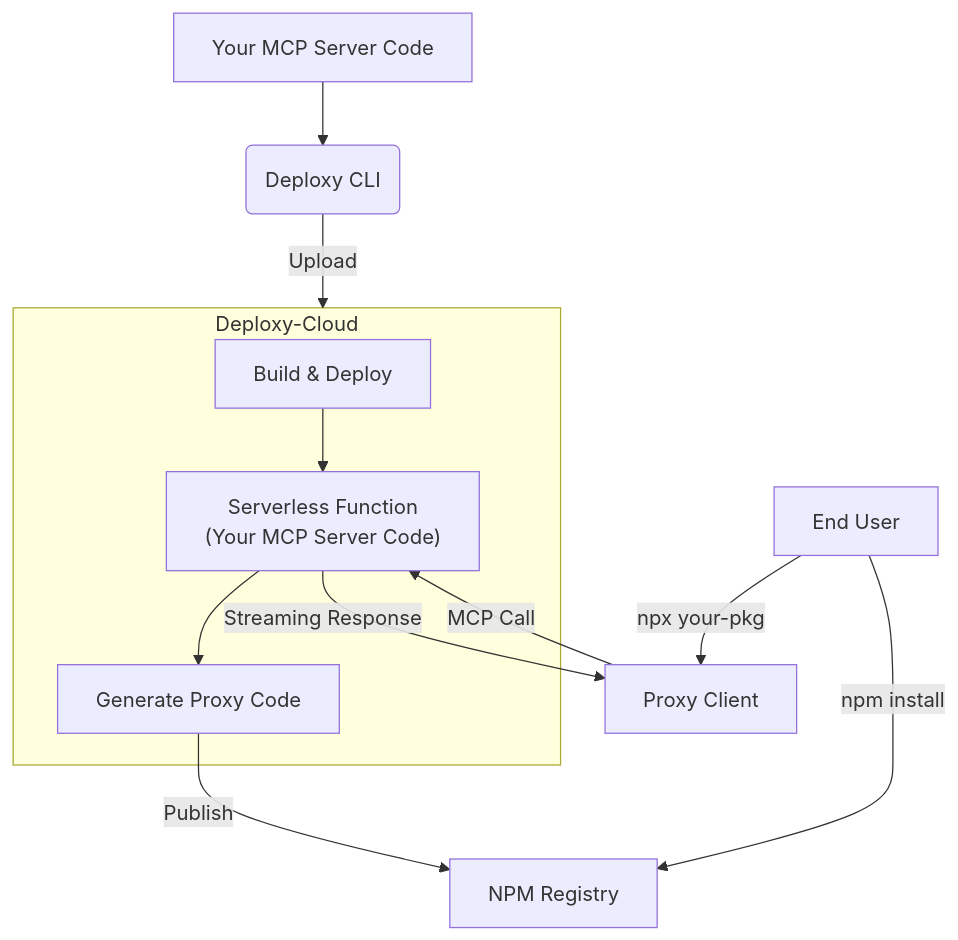
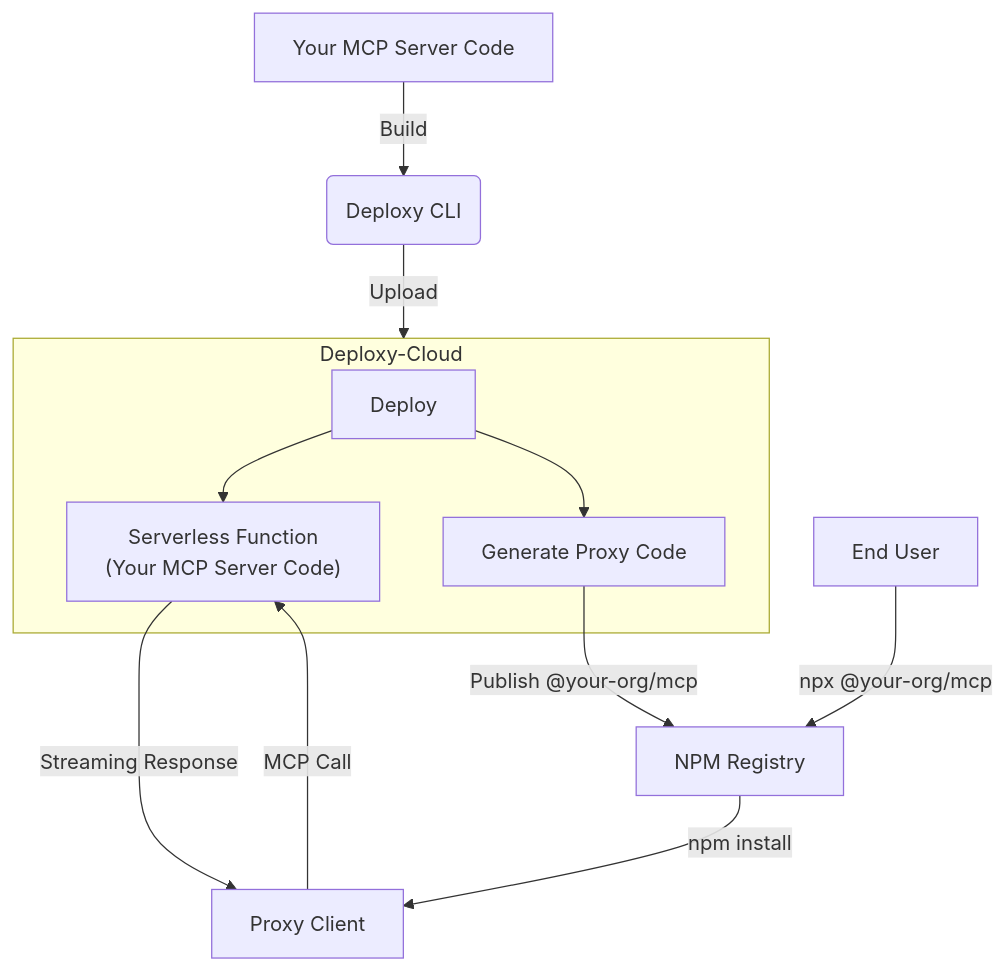
Before and after one commit to deploxy/docs: the diagram in getting-started/core-concepts.mdx, drawn with Mermaid.

Commit message:
📝 update Arch

````diff
--- a/getting-started/core-concepts.mdx
+++ b/getting-started/core-concepts.mdx
@@ -111,15 +111,15 @@
 ```mermaid
 graph TD
-    A[Your MCP Server Code] --> B(Deploxy CLI);
+    A[Your MCP Server Code] -- Build --> B(Deploxy CLI);
     B -- Upload --> Deploxy-Cloud{Deploxy Cloud};
     subgraph Deploxy-Cloud
-        D[Build & Deploy] --> E["Serverless Function 
+        D[Deploy] --> E["Serverless Function 
         (Your MCP Server Code)"];
-        E --> F[Generate Proxy Code];
+        D --> F[Generate Proxy Code];
     end
-    F -- Publish --> G[NPM Registry];
-    H[End User] -- npm install --> G;
-    H -- npx your-pkg --> I[Proxy Client];
+    F -- Publish @your-org/mcp --> G[NPM Registry];
+    H[End User] -- "npx @your-org/mcp" --> G;
+    G -- "npm install" --> I[Proxy Client];
     I -- MCP Call --> E;
     E -- Streaming Response --> I;
 ```
````
